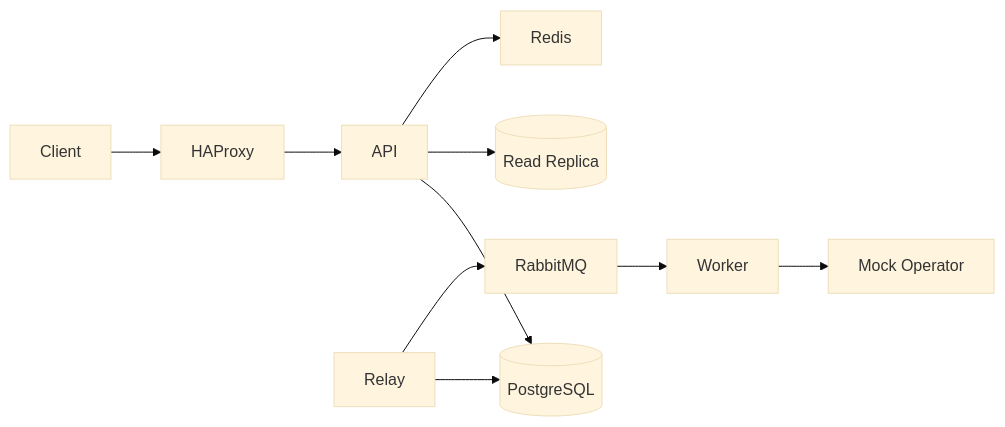
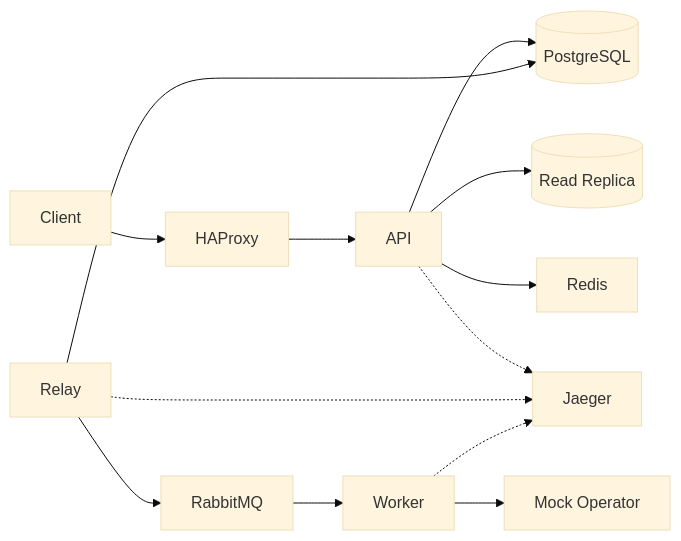
Before and after one commit to shahriyar3/arvan: the diagram in SUBMISSION_EN.md, drawn with Mermaid (base theme). The commit also changed other lines of this file and 33 other files, not shown here.

````diff
--- a/SUBMISSION_EN.md
+++ b/SUBMISSION_EN.md
@@ -15,11 +15,14 @@
 ```mermaid
 flowchart LR
     Client --> HAProxy
     HAProxy --> API
     API --> PGPrimary[(PostgreSQL)]
     API --> PGReplica[(Read Replica)]
     API --> Redis
+    API -.-> Jaeger
     Relay --> PGPrimary
     Relay --> RMQ[RabbitMQ]
+    Relay -.-> Jaeger
     RMQ --> Worker --> MockOp[Mock Operator]
+    Worker -.-> Jaeger
 ```
````
